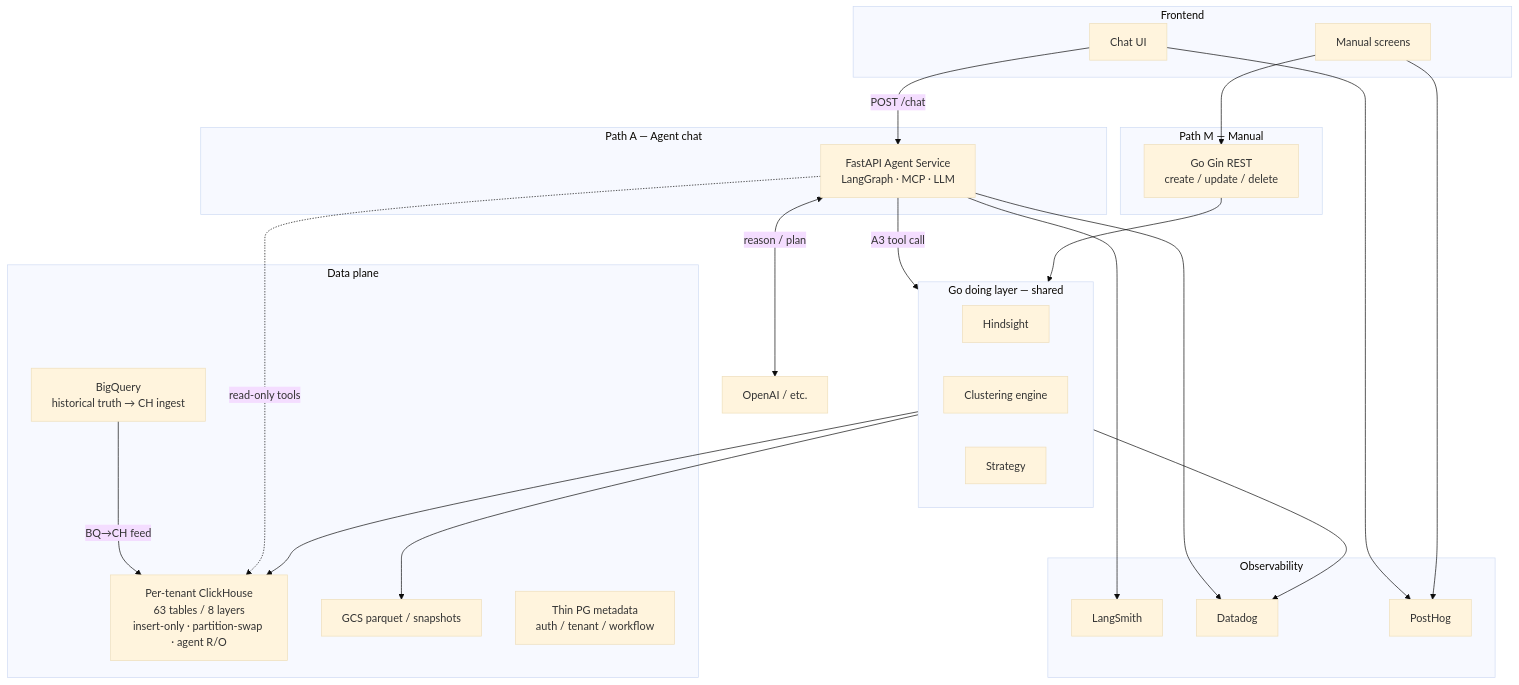
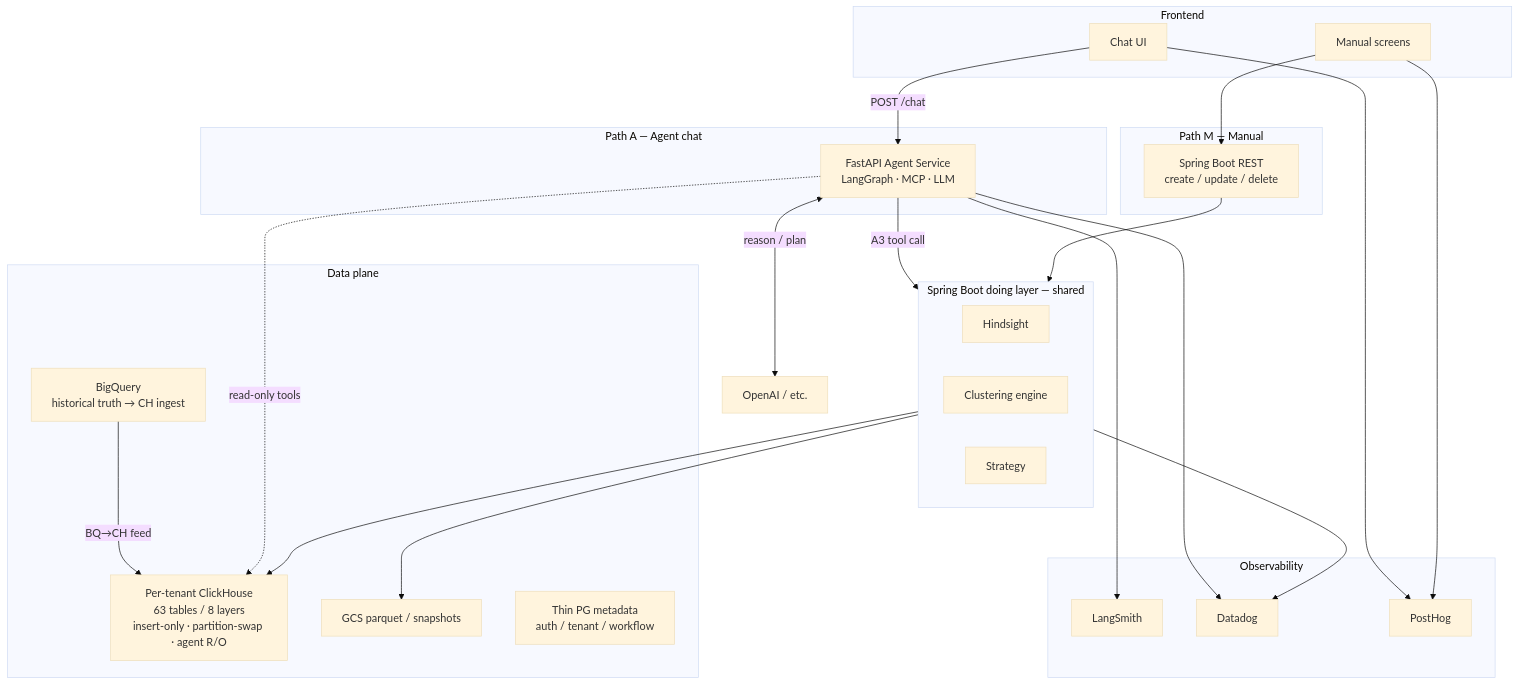
One commit to TM-DEV-PRO/final-resume changed the diagram in final_java_ai/prep/23a_ia_interview_pack.md. Above: the diagram before and after it, drawn with Mermaid (base theme). The commit also changed other lines of this file and 579 other files, not shown here.

````diff
--- a/final_java_ai/prep/23a_ia_interview_pack.md
+++ b/final_java_ai/prep/23a_ia_interview_pack.md
@@ -37,48 +52,48 @@
 ```mermaid
 flowchart TB
   subgraph FE["Frontend"]
     Chat["Chat UI"]
     Manual["Manual screens"]
   end
 
   subgraph PathA["Path A — Agent chat"]
     FA["FastAPI Agent Service<br/>LangGraph · MCP · LLM"]
   end
 
   subgraph PathM["Path M — Manual"]
-    GoREST["Go Gin REST<br/>create / update / delete"]
+    GoREST["Spring Boot REST<br/>create / update / delete"]
   end
 
-  subgraph Doing["Go doing layer — shared"]
+  subgraph Doing["Spring Boot doing layer — shared"]
     H["Hindsight"]
     C["Clustering engine"]
     S["Strategy"]
   end
 
   subgraph Data["Data plane"]
     CH["Per-tenant ClickHouse<br/>63 tables / 8 layers<br/>insert-only · partition-swap · agent R/O"]
     GCS["GCS parquet / snapshots"]
     BQ["BigQuery<br/>historical truth → CH ingest"]
     PG["Thin PG metadata<br/>auth / tenant / workflow"]
   end
 
   subgraph Obs["Observability"]
     LS["LangSmith"]
     DD["Datadog"]
     PH["PostHog"]
   end
 
   Chat -->|POST /chat| FA
   FA <-->|reason / plan| LLM["OpenAI / etc."]
   FA -->|A3 tool call| Doing
   Manual --> GoREST --> Doing
   Doing --> CH
   Doing --> GCS
   BQ -->|BQ→CH feed| CH
   FA -.->|read-only tools| CH
   FA --> LS
   FA --> DD
   Doing --> DD
   Chat --> PH
   Manual --> PH
 ```
````
